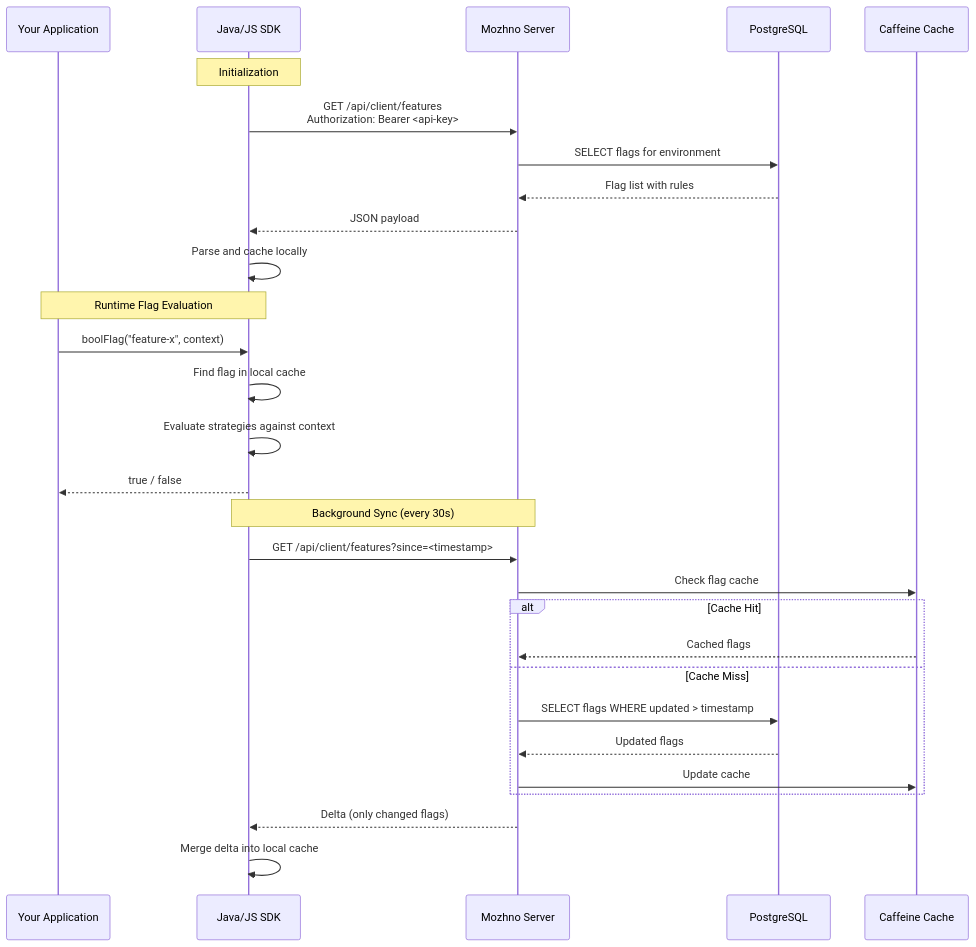
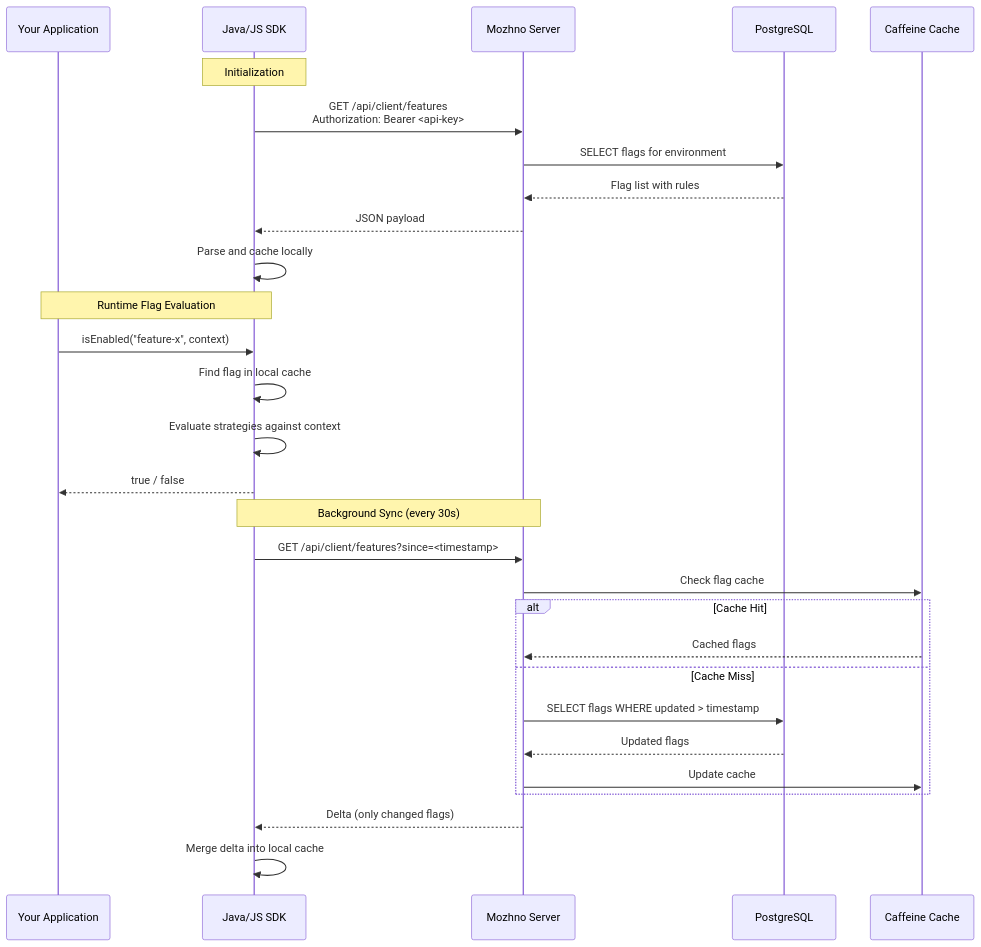
The second of 4 diagrams in docs/en/advanced/architecture.md (edgar-dev20/mozhno), drawn with Mermaid before and after one commit. The commit also changed other lines of this file and 62 other files, not shown here.

````diff
--- a/docs/en/advanced/architecture.md
+++ b/docs/en/advanced/architecture.md
@@ -60,34 +60,34 @@
 ```mermaid
 sequenceDiagram
     participant App as Your Application
     participant SDK as Java/JS SDK
     participant Server as Mozhno Server
     participant DB as PostgreSQL
     participant Cache as Caffeine Cache
 
     Note over SDK: Initialization
     SDK->>Server: GET /api/client/features<br/>Authorization: Bearer <api-key>
     Server->>DB: SELECT flags for environment
     DB-->>Server: Flag list with rules
     Server-->>SDK: JSON payload
     SDK->>SDK: Parse and cache locally
 
     Note over App,SDK: Runtime Flag Evaluation
-    App->>SDK: boolFlag("feature-x", context)
+    App->>SDK: isEnabled("feature-x", context)
     SDK->>SDK: Find flag in local cache
     SDK->>SDK: Evaluate strategies against context
     SDK-->>App: true / false
 
     Note over SDK,Server: Background Sync (every 30s)
     SDK->>Server: GET /api/client/features?since=<timestamp>
     Server->>Cache: Check flag cache
     alt Cache Hit
         Cache-->>Server: Cached flags
     else Cache Miss
         Server->>DB: SELECT flags WHERE updated > timestamp
         DB-->>Server: Updated flags
         Server->>Cache: Update cache
     end
     Server-->>SDK: Delta (only changed flags)
     SDK->>SDK: Merge delta into local cache
 ```
````
